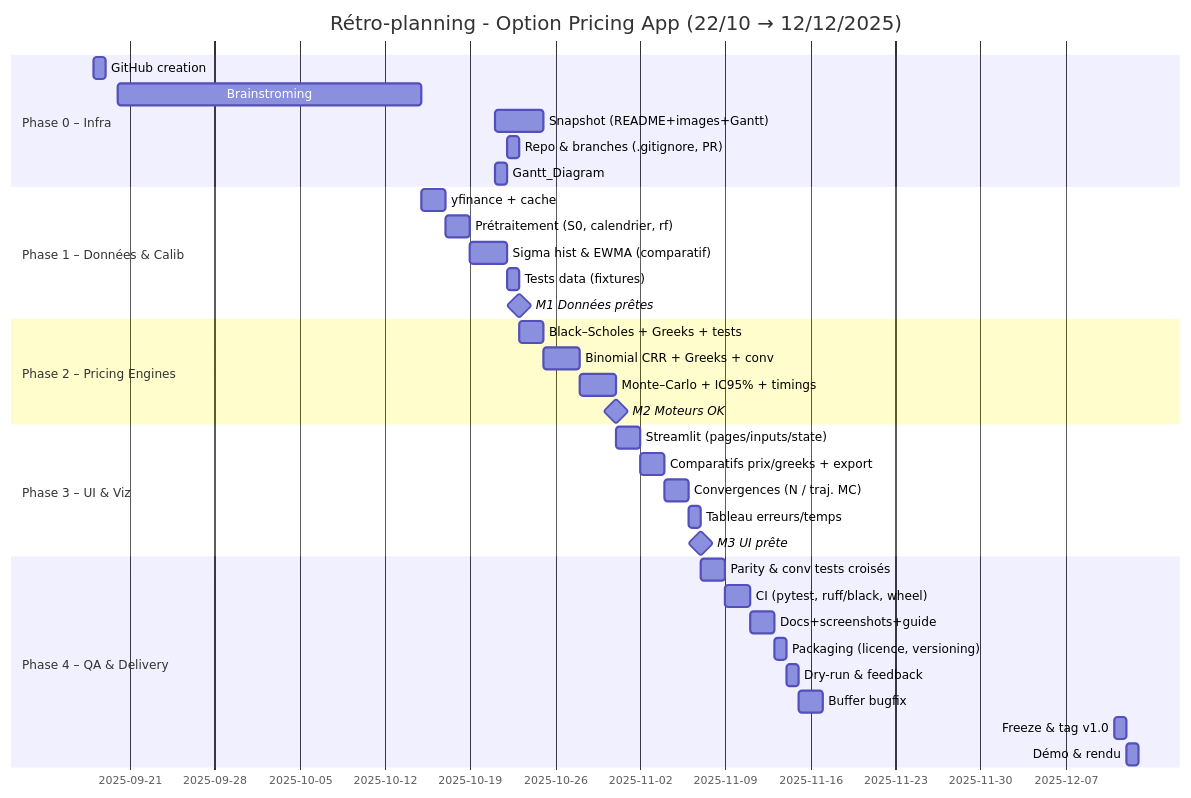
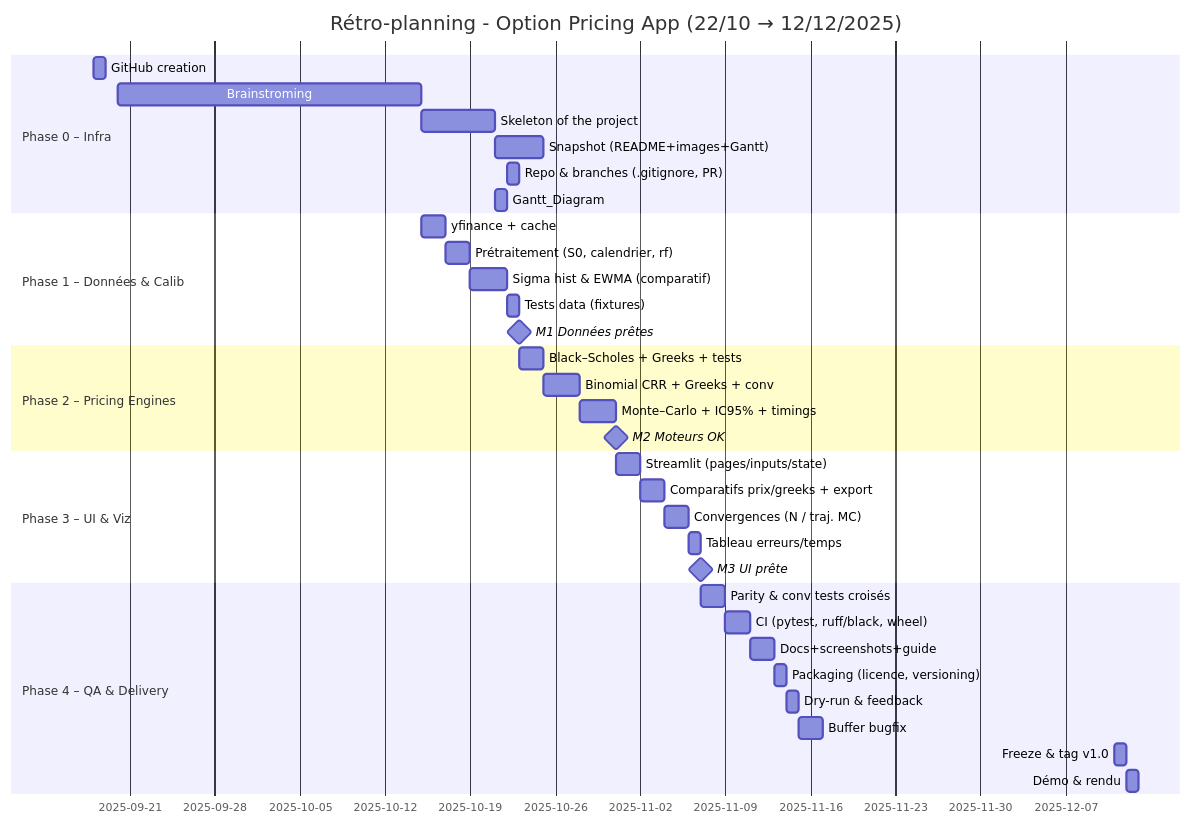
The diagram in roadmap/Gantt_Diagram.md (Karam-Benameur/stream_options), drawn with Mermaid before and after one commit.

````diff
--- a/roadmap/Gantt_Diagram.md
+++ b/roadmap/Gantt_Diagram.md
@@ -1,45 +1,46 @@
 ```mermaid
 gantt
     title Rétro-planning - Option Pricing App (22/10 → 12/12/2025)
     dateFormat  YYYY-MM-DD
     %% aucune exclusion -> pas de bandes jaunes
 
     section Phase 0 – Infra
     GitHub creation                     :s1, 2025-09-18, 1d
     Brainstroming                       :s2, 2025-09-20, 25d
+    Skeleton of the project             :s3, 2025-10-15, 6d
     Snapshot (README+images+Gantt)      :s3, 2025-10-21, 4d
     Repo & branches (.gitignore, PR)    :s4, 2025-10-22, 1d
     Gantt_Diagram                       :s5, 2025-10-21, 1d
 
     section Phase 1 – Données & Calib
     yfinance + cache                     :d1, after s2, 2d
     Prétraitement (S0, calendrier, rf)   :d2, after d1, 2d
     Sigma hist & EWMA (comparatif)       :d3, after d2, 3d
     Tests data (fixtures)                :d4, after d3, 1d
     M1 Données prêtes                    :milestone, m1, after d4, 0d
 
     section Phase 2 – Pricing Engines
     Black–Scholes + Greeks + tests       :p1, after m1, 2d
     Binomial CRR + Greeks + conv         :p2, after p1, 3d
     Monte–Carlo + IC95% + timings        :p3, after p2, 3d
     M2 Moteurs OK                        :milestone, m2, after p3, 0d
 
     section Phase 3 – UI & Viz
     Streamlit (pages/inputs/state)       :u1, after m2, 2d
     Comparatifs prix/greeks + export     :u2, after u1, 2d
     Convergences (N / traj. MC)          :u3, after u2, 2d
     Tableau erreurs/temps                :u4, after u3, 1d
     M3 UI prête                          :milestone, m3, after u4, 0d
 
     section Phase 4 – QA & Delivery
     Parity & conv tests croisés          :q1, after m3, 2d
     CI (pytest, ruff/black, wheel)       :q2, after q1, 2d
     Docs+screenshots+guide               :q3, after q2, 2d
     Packaging (licence, versioning)      :q4, after q3, 1d
     Dry-run & feedback                   :q5, after q4, 1d
     Buffer bugfix                        :q6, after q5, 2d
     Freeze & tag v1.0                    :rel, 2025-12-11, 1d
     Démo & rendu                         :fin, 2025-12-12, 1d
 
 
 ```
````
